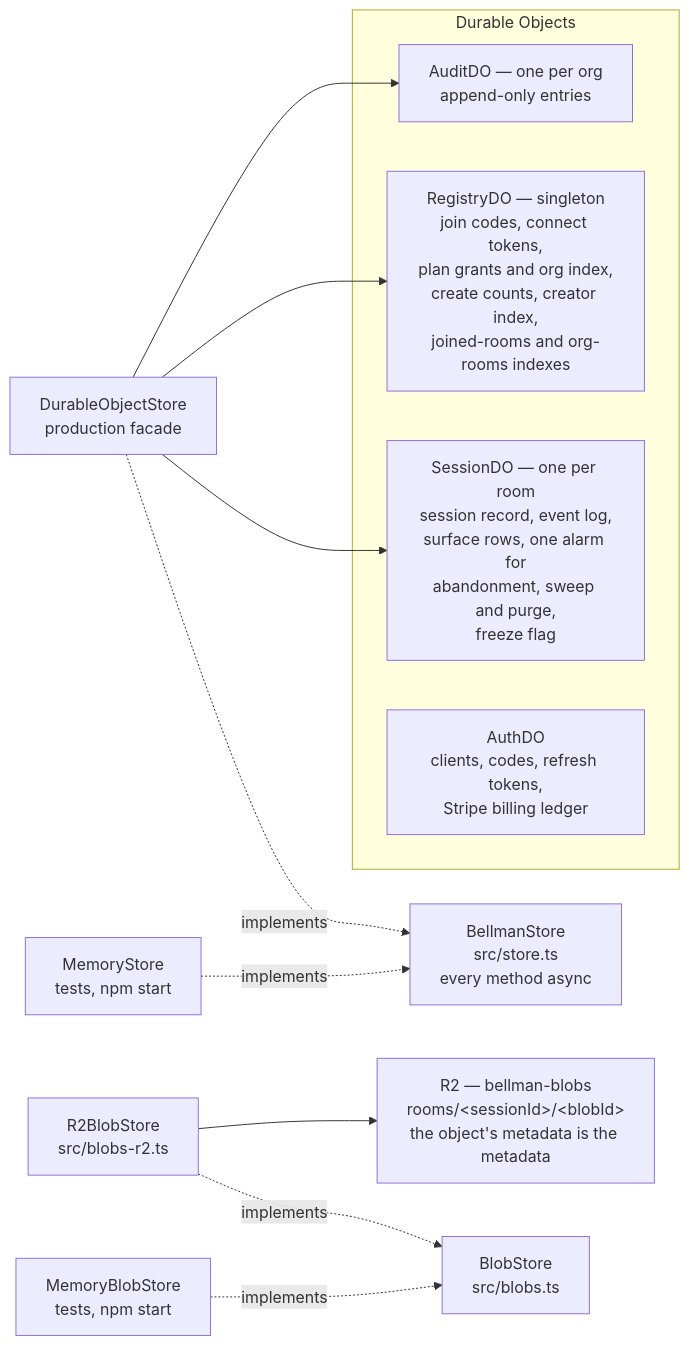
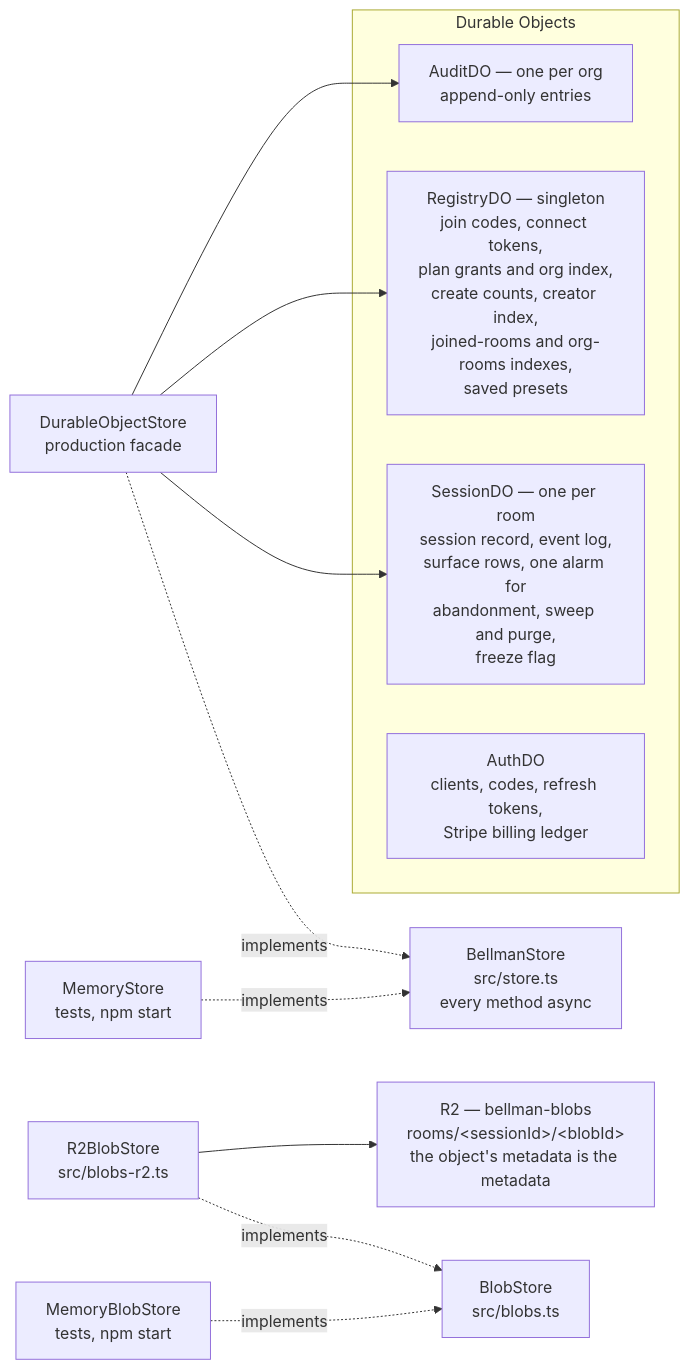
One commit to bellman-sh/bellman changed the fourth of 7 diagrams in docs/ARCHITECTURE.md. Above: the diagram before and after it, drawn with Mermaid. The commit also changed other lines of this file and 3 other files, not shown here.

Commit message:
The export's format pinned against the bridge's loader, and the docs for saved presets

````diff
--- a/docs/ARCHITECTURE.md
+++ b/docs/ARCHITECTURE.md
@@ -427,23 +428,23 @@
 ```mermaid
 flowchart LR
     BS["BellmanStore<br/>src/store.ts<br/>every method async"]
     MEM["MemoryStore<br/>tests, npm start"] -.implements.-> BS
     DOS["DurableObjectStore<br/>production facade"] -.implements.-> BS
 
     DOS --> SDO
     DOS --> RDO
     DOS --> ADO
 
     subgraph objects["Durable Objects"]
         SDO["SessionDO — one per room<br/>session record, event log,<br/>surface rows, one alarm for<br/>abandonment, sweep and purge,<br/>freeze flag"]
-        RDO["RegistryDO — singleton<br/>join codes, connect tokens,<br/>plan grants and org index,<br/>create counts, creator index,<br/>joined-rooms and org-rooms indexes"]
+        RDO["RegistryDO — singleton<br/>join codes, connect tokens,<br/>plan grants and org index,<br/>create counts, creator index,<br/>joined-rooms and org-rooms indexes,<br/>saved presets"]
         ADO["AuditDO — one per org<br/>append-only entries"]
         AUTH["AuthDO<br/>clients, codes, refresh tokens,<br/>Stripe billing ledger"]
     end
 
     BLOB["BlobStore<br/>src/blobs.ts"]
     R2["R2 — bellman-blobs<br/>rooms/&lt;sessionId&gt;/&lt;blobId&gt;<br/>the object's metadata is the metadata"]
     MEMB["MemoryBlobStore<br/>tests, npm start"] -.implements.-> BLOB
     R2S["R2BlobStore<br/>src/blobs-r2.ts"] -.implements.-> BLOB
     R2S --> R2
 ```
````
